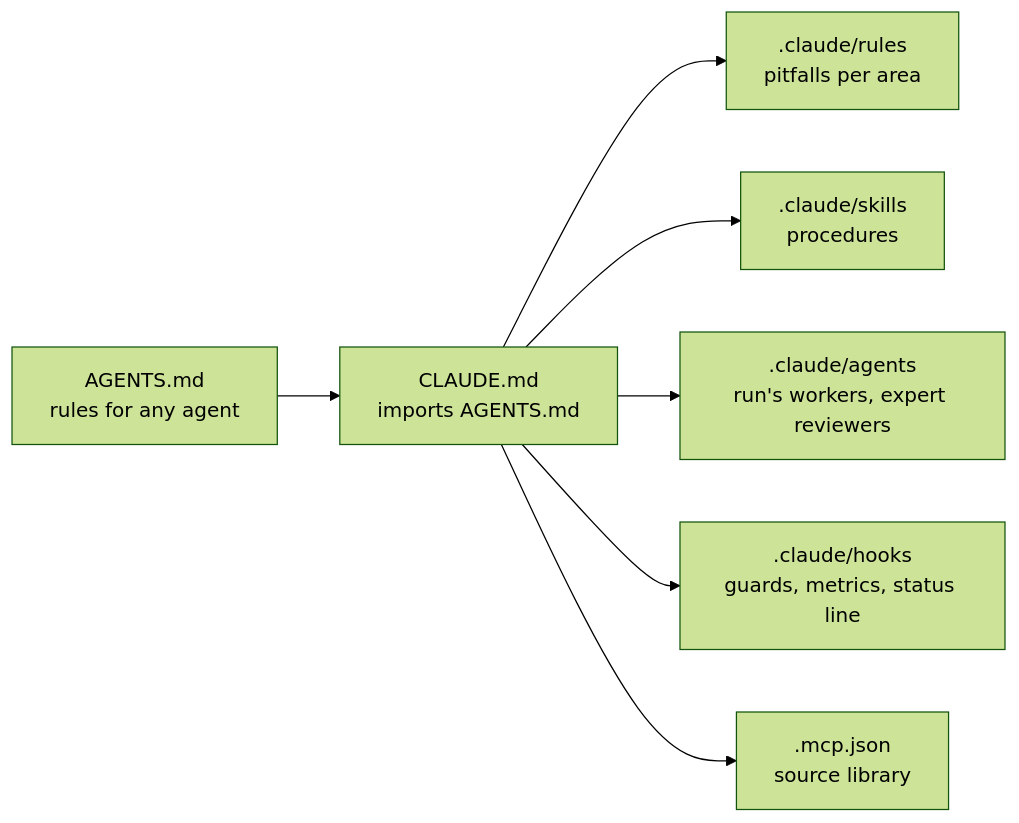
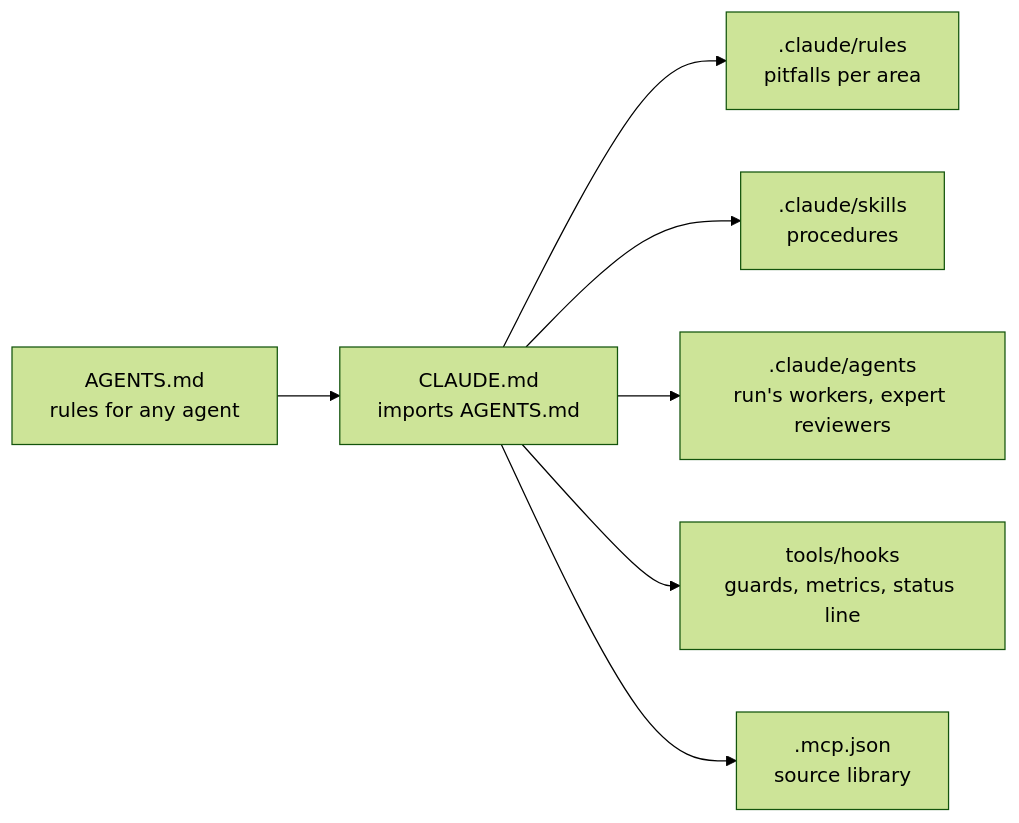
One commit to AlexandreGallais/synoptic-studio changed the diagram in docs/tooling/agent.md. Above: the diagram before and after it, drawn with Mermaid (forest theme). The commit also changed other lines of this file and 28 other files, not shown here.

First line of the commit message:
feat(tooling): port the status line to Rust, a request counted from its last line

````diff
--- a/docs/tooling/agent.md
+++ b/docs/tooling/agent.md
@@ -5,9 +5,9 @@
 ```mermaid
 flowchart LR
   A[AGENTS.md<br/>rules for any agent] --> C[CLAUDE.md<br/>imports AGENTS.md]
   C --> R[.claude/rules<br/>pitfalls per area]
   C --> S[.claude/skills<br/>procedures]
   C --> G[.claude/agents<br/>run's workers, expert reviewers]
-  C --> H[.claude/hooks<br/>guards, metrics, status line]
+  C --> H[tools/hooks<br/>guards, metrics, status line]
   C --> M[.mcp.json<br/>source library]
 ```
````
